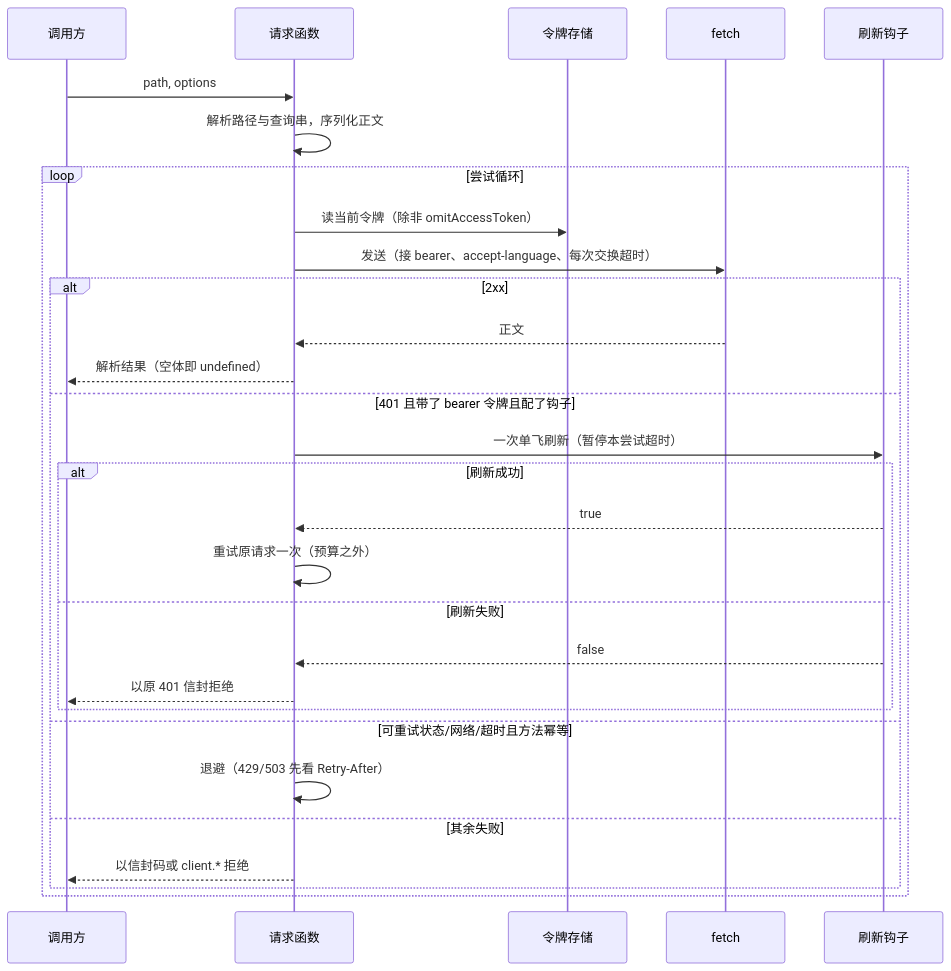
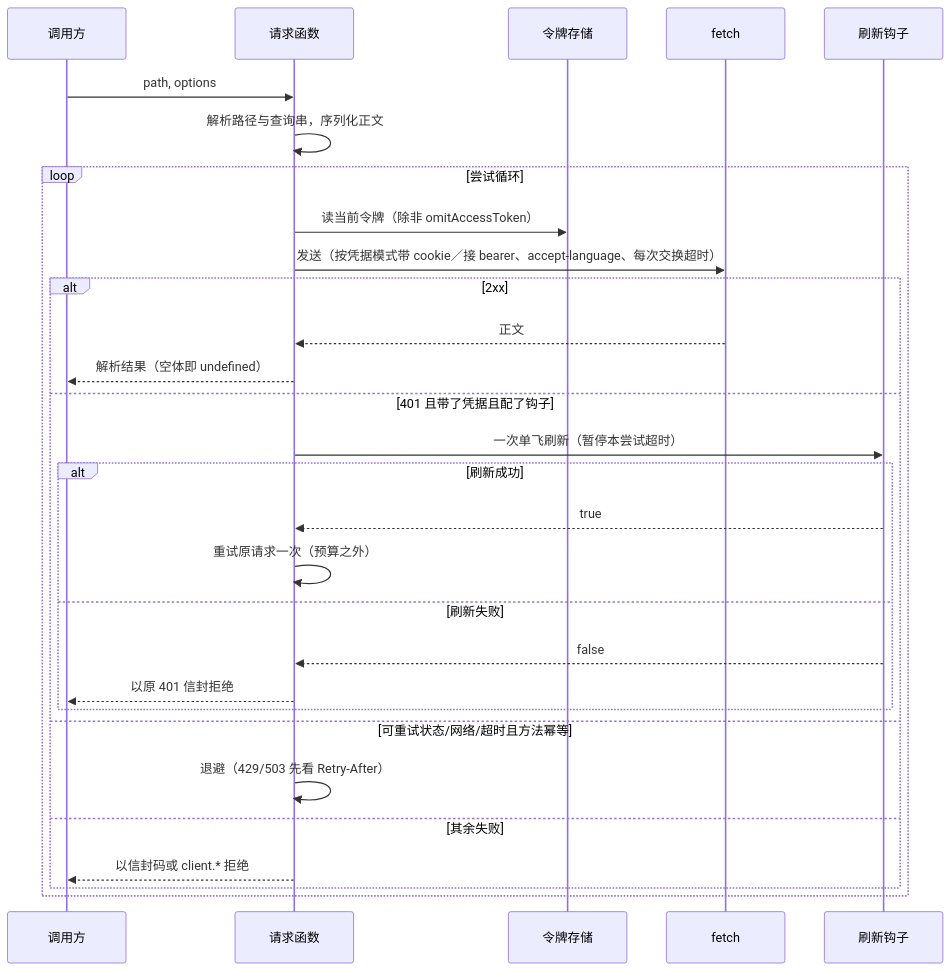
Before and after one commit to wangzw/speed: the diagram in docs/design/modules/web/design-web-api-client.md, drawn with Mermaid. The commit also changed other lines of this file and 22 other files, not shown here.

````diff
--- a/docs/design/modules/web/design-web-api-client.md
+++ b/docs/design/modules/web/design-web-api-client.md
@@ -154,32 +155,32 @@
 ```mermaid
 sequenceDiagram
     participant Caller as 调用方
     participant Req as 请求函数
     participant Store as 令牌存储
     participant Net as fetch
     participant Refresh as 刷新钩子
 
     Caller->>Req: path, options
     Req->>Req: 解析路径与查询串，序列化正文
     loop 尝试循环
         Req->>Store: 读当前令牌（除非 omitAccessToken）
-        Req->>Net: 发送（接 bearer、accept-language、每次交换超时）
+        Req->>Net: 发送（按凭据模式带 cookie／接 bearer、accept-language、每次交换超时）
         alt 2xx
             Net-->>Req: 正文
             Req-->>Caller: 解析结果（空体即 undefined）
-        else 401 且带了 bearer 令牌且配了钩子
+        else 401 且带了凭据且配了钩子
             Req->>Refresh: 一次单飞刷新（暂停本尝试超时）
             alt 刷新成功
                 Refresh-->>Req: true
                 Req->>Req: 重试原请求一次（预算之外）
             else 刷新失败
                 Refresh-->>Req: false
                 Req-->>Caller: 以原 401 信封拒绝
             end
         else 可重试状态/网络/超时且方法幂等
             Req->>Req: 退避（429/503 先看 Retry-After）
         else 其余失败
             Req-->>Caller: 以信封码或 client.* 拒绝
         end
     end
 ```
````
